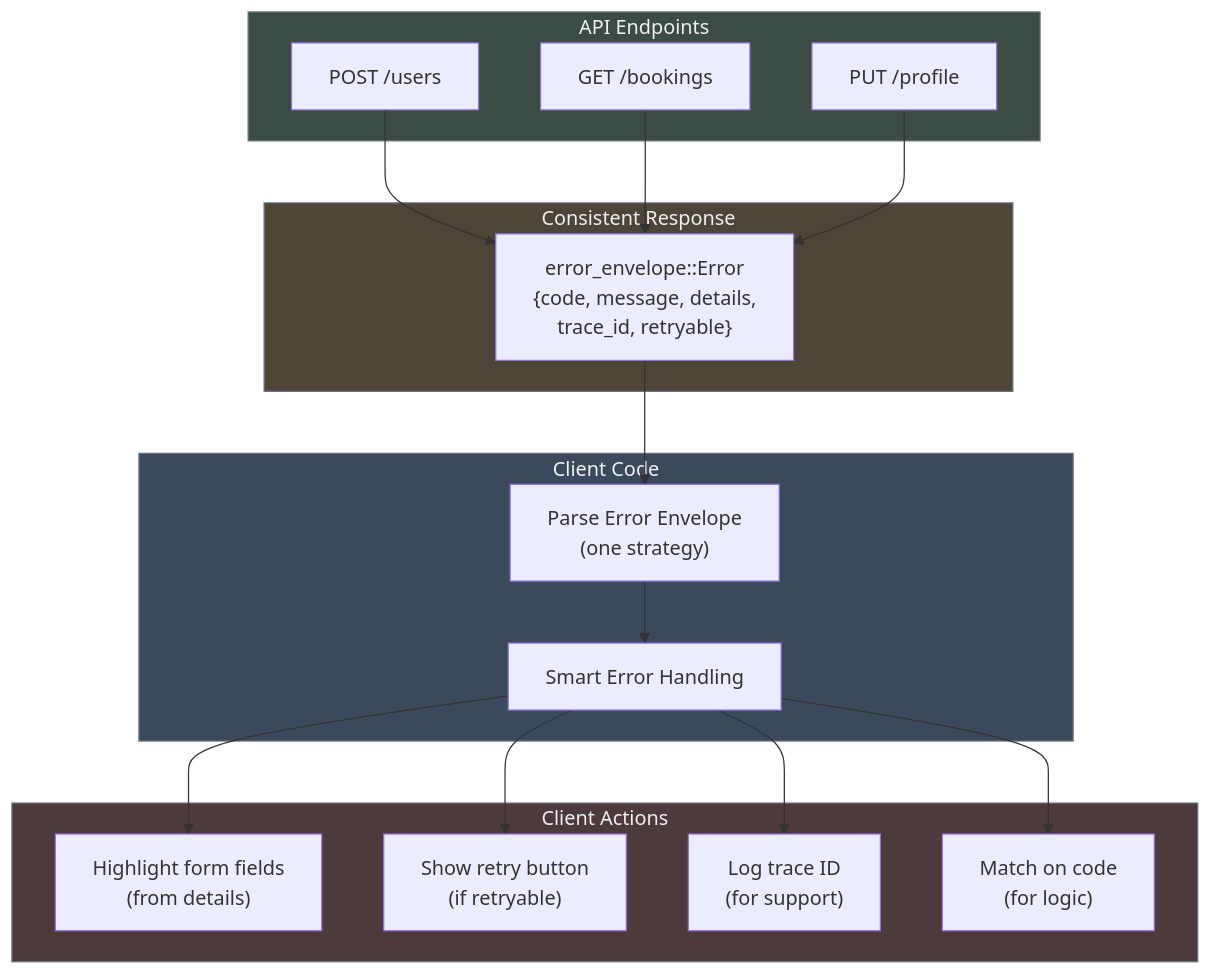
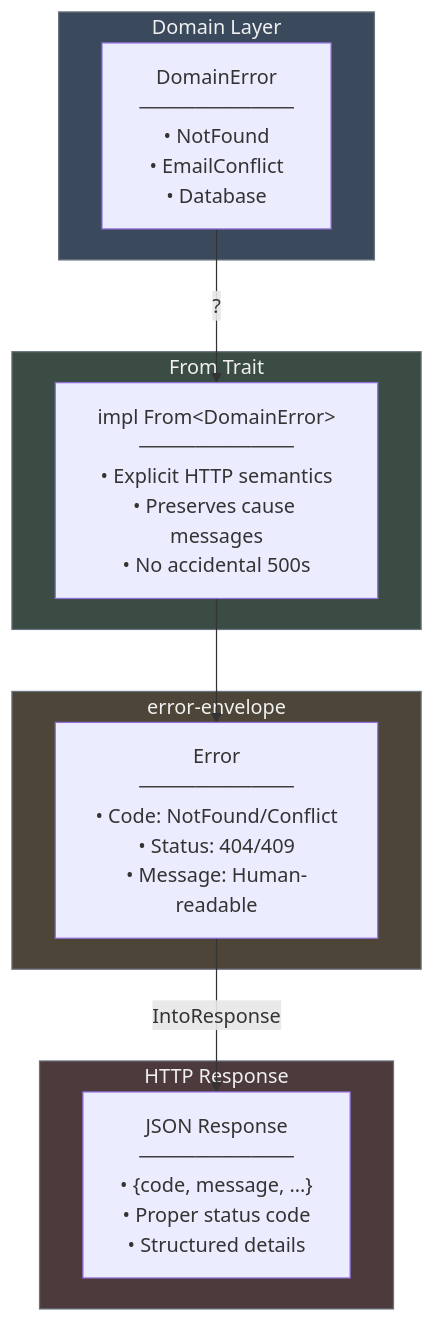
The fourth of 4 diagrams in ARCHITECTURE.md (blackwell-systems/error-envelope), drawn with Mermaid before and after one commit. The commit also changed other lines of this file and 4 other files, not shown here.

````diff
--- a/ARCHITECTURE.md
+++ b/ARCHITECTURE.md
@@ -329,39 +220,27 @@
 ```mermaid
 flowchart TB
-    subgraph client["Client Code"]
-        parse["Parse Error Envelope<br/>(one strategy)"]
-        handle["Smart Error Handling"]
+    subgraph domain["Domain Layer"]
+        derr["DomainError<br/>───────────<br/>• NotFound<br/>• EmailConflict<br/>• Database"]
     end
-
-    subgraph endpoints["API Endpoints"]
-        e1["POST /users"]
-        e2["GET /bookings"]
-        e3["PUT /profile"]
+    
+    subgraph mapping["From Trait"]
+        from["impl From&lt;DomainError&gt;<br/>───────────<br/>• Explicit HTTP semantics<br/>• Preserves cause messages<br/>• No accidental 500s"]
     end
-
-    subgraph response["Consistent Response"]
-        envelope["error_envelope::Error<br/>{code, message, details,<br/>trace_id, retryable}"]
+    
+    subgraph envelope["error-envelope"]
+        env["Error<br/>───────────<br/>• Code: NotFound/Conflict<br/>• Status: 404/409<br/>• Message: Human-readable"]
     end
-
-    subgraph actions["Client Actions"]
-        a1["Highlight form fields<br/>(from details)"]
-        a2["Show retry button<br/>(if retryable)"]
-        a3["Log trace ID<br/>(for support)"]
-        a4["Match on code<br/>(for logic)"]
+    
+    subgraph response["HTTP Response"]
+        json["JSON Response<br/>───────────<br/>• {code, message, ...}<br/>• Proper status code<br/>• Structured details"]
     end
-
-    e1 --> envelope
-    e2 --> envelope
-    e3 --> envelope
-    envelope --> parse
-    parse --> handle
-    handle --> a1
-    handle --> a2
-    handle --> a3
-    handle --> a4
-
-    style client fill:#3A4A5C,stroke:#6b7280,color:#f0f0f0
-    style endpoints fill:#3A4C43,stroke:#6b7280,color:#f0f0f0
-    style response fill:#4C4538,stroke:#6b7280,color:#f0f0f0
-    style actions fill:#4C3A3C,stroke:#6b7280,color:#f0f0f0
+    
+    derr -->|"?"| from
+    from --> env
+    env -->|"IntoResponse"| json
+    
+    style domain fill:#3A4A5C,stroke:#6b7280,color:#f0f0f0
+    style mapping fill:#3A4C43,stroke:#6b7280,color:#f0f0f0
+    style envelope fill:#4C4538,stroke:#6b7280,color:#f0f0f0
+    style response fill:#4C3A3C,stroke:#6b7280,color:#f0f0f0
 ```
````
